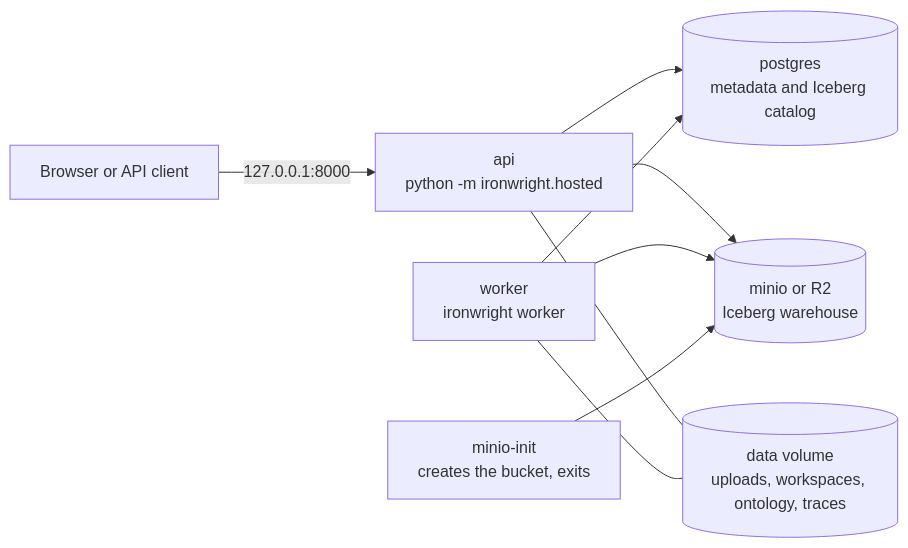
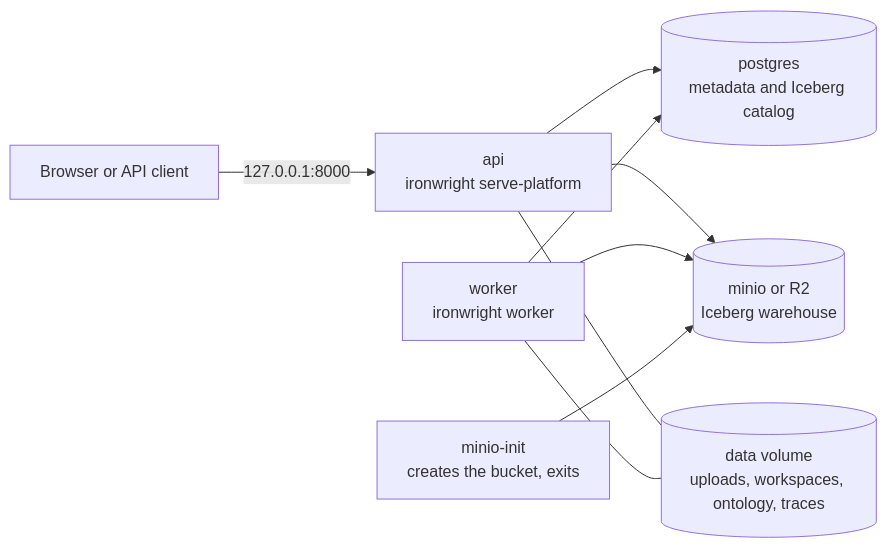
One commit to ShreyPatel4/ironwright changed the diagram in docs/deploy-hosted.md. Above: the diagram before and after it, drawn with Mermaid. The commit also changed other lines of this file and 7 other files, not shown here.

Commit message:
Hosted stack: reconcile with S5, serve-platform with two bind keys, hardening on

````diff
--- a/docs/deploy-hosted.md
+++ b/docs/deploy-hosted.md
@@ -6,12 +6,12 @@
 ```mermaid
 flowchart LR
-  U["Browser or API client"] -->|"127.0.0.1:8000"| A["api<br/>python -m ironwright.hosted"]
+  U["Browser or API client"] -->|"127.0.0.1:8000"| A["api<br/>ironwright serve-platform"]
   W["worker<br/>ironwright worker"]
   A --> P[("postgres<br/>metadata and Iceberg catalog")]
   W --> P
   A --> M[("minio or R2<br/>Iceberg warehouse")]
   W --> M
   A --- V[("data volume<br/>uploads, workspaces, ontology, traces")]
   W --- V
   I["minio-init<br/>creates the bucket, exits"] --> M
 ```
````
